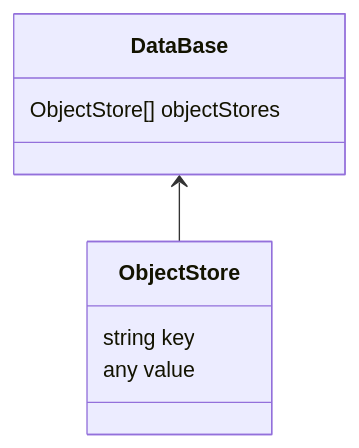
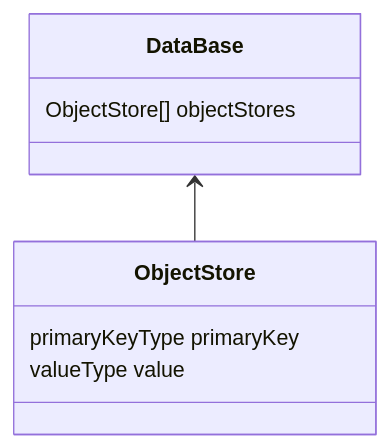
One commit to Vladimirirr/Sealeded changed the diagram in articles/浏览器技术/IndexedDB/index.md. Above: the diagram before and after it, drawn with Mermaid. The commit also changed other lines of this file and 1 other file, not shown here.

````diff
--- a/articles/浏览器技术/IndexedDB/index.md
+++ b/articles/浏览器技术/IndexedDB/index.md
@@ -53,13 +61,13 @@
 ```mermaid
 classDiagram
 
 class DataBase
   DataBase: ObjectStore[] objectStores
 
 class ObjectStore
-  ObjectStore: string key
-  ObjectStore: any value
+  ObjectStore: primaryKeyType primaryKey
+  ObjectStore: valueType value
 
 DataBase <-- ObjectStore
 
 ```
````
